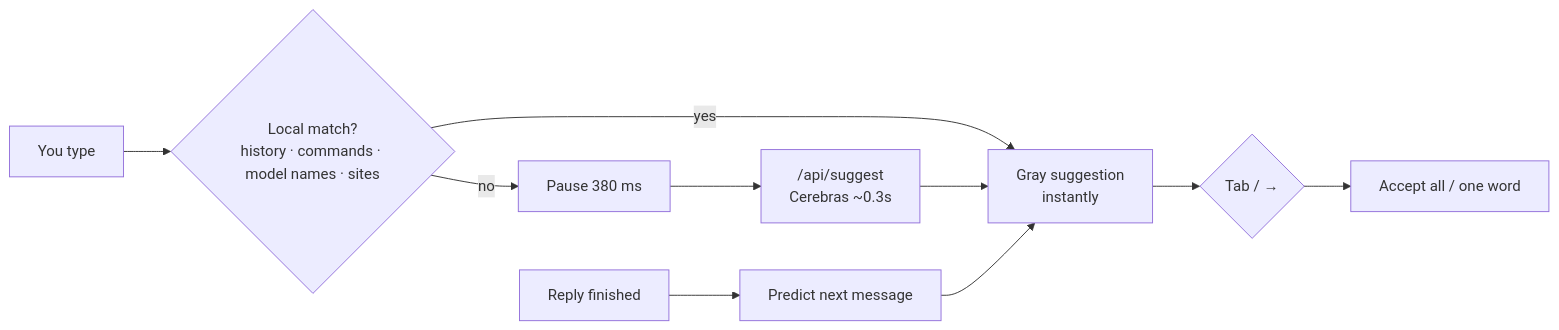
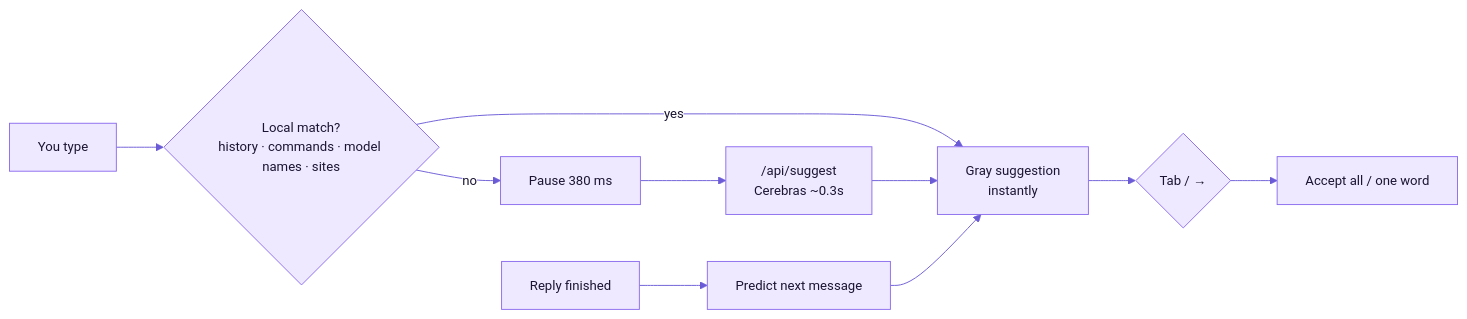
The eighth of 8 diagrams in docs/MODELS.md (jacobcowanr/AgentOS), drawn with Mermaid before and after one commit. The commit also changed other lines of this file and 8 other files, not shown here.

First line of the commit message:
Docs: add 42 diagrams, a diagram atlas and a shared theme

````diff
--- a/docs/MODELS.md
+++ b/docs/MODELS.md
@@ -63,9 +184,10 @@
 ```mermaid
+%%{init: {'theme':'base','themeVariables':{'primaryColor':'#efe9ff','primaryTextColor':'#1b1533','primaryBorderColor':'#8b6cef','lineColor':'#6b5bd6','secondaryColor':'#e4eaff','tertiaryColor':'#f7f5ff','edgeLabelBackground':'#ffffff','fontFamily':'ui-sans-serif, system-ui, -apple-system, Segoe UI, sans-serif','fontSize':'14px','noteBkgColor':'#fff6dc','noteTextColor':'#3a2f00','actorBkg':'#efe9ff','actorBorder':'#8b6cef','actorTextColor':'#1b1533','signalColor':'#4a3fb0','signalTextColor':'#1b1533'}}}%%
 flowchart LR
     T["You type"] --> L{"Local match?<br/>history · commands · model names · sites"}
     L -- yes --> G["Gray suggestion<br/>instantly"]
     L -- no --> P["Pause 380 ms"] --> R["/api/suggest<br/>Cerebras ~0.3s"] --> G
     G --> K{"Tab / →"}
     K --> ACC["Accept all / one word"]
     D["Reply finished"] --> NP["Predict next message"] --> G
 ```
````
